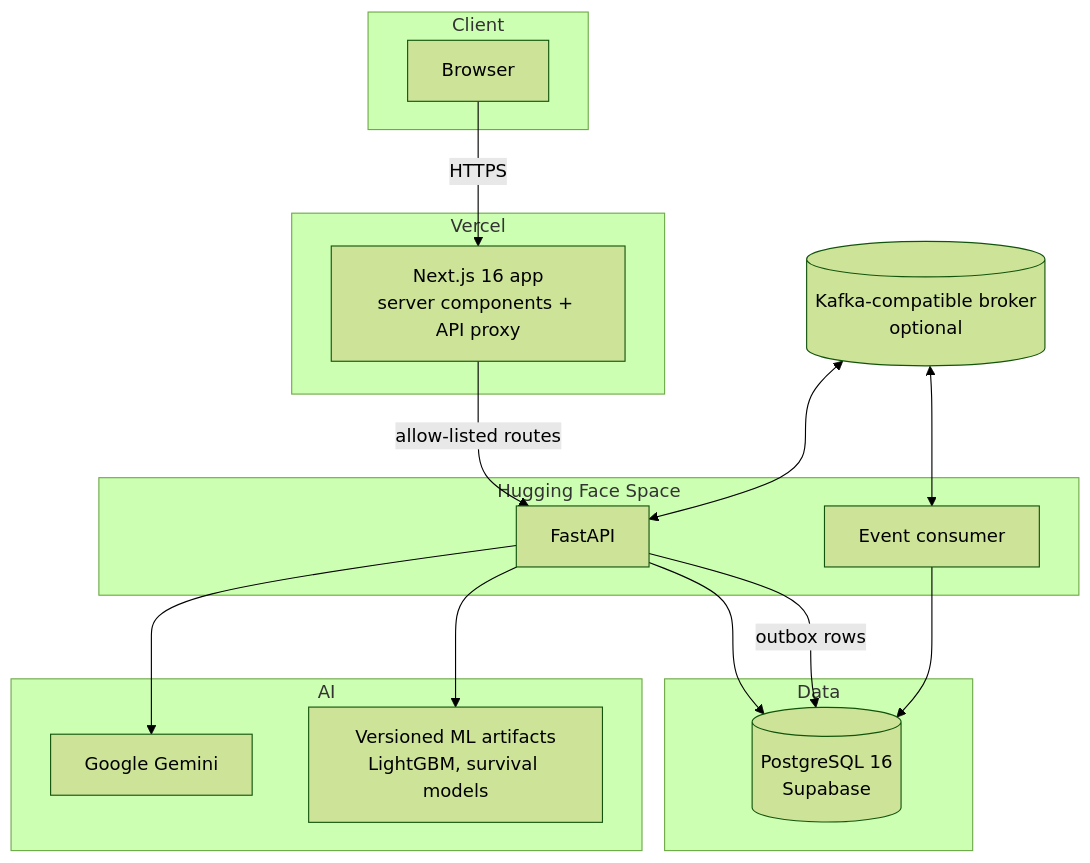
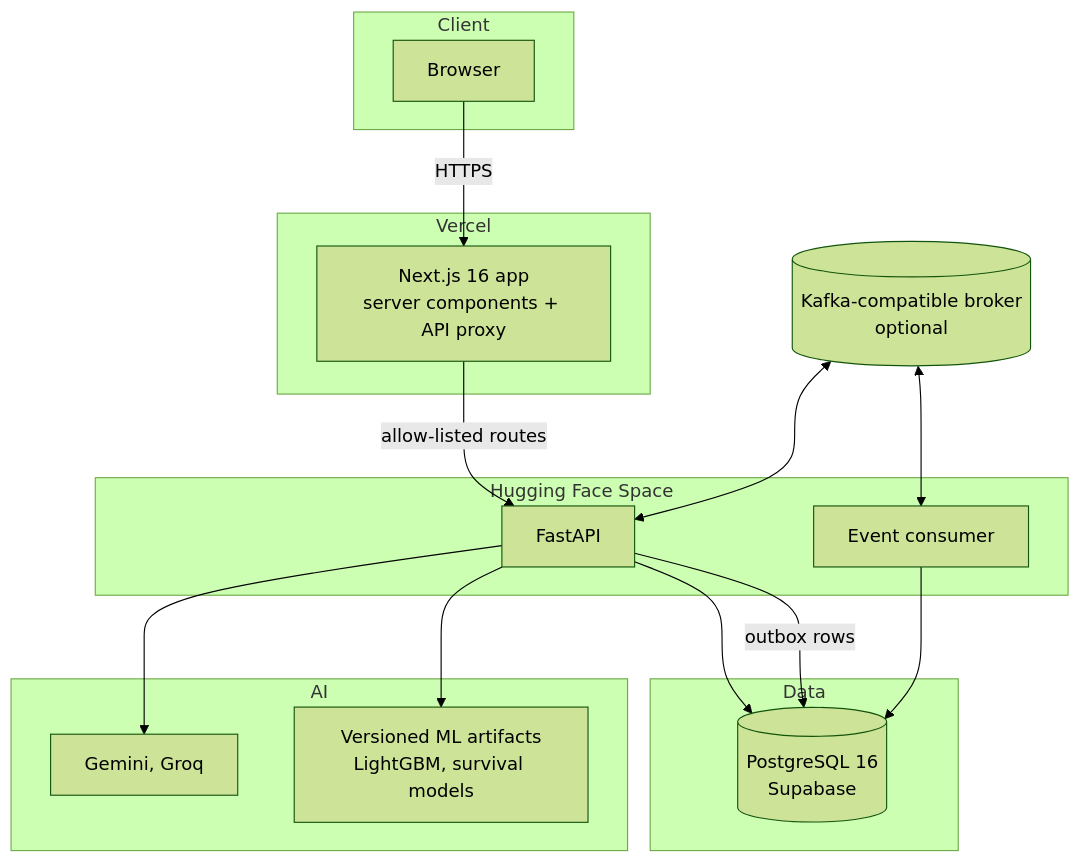
The diagram in docs/ARCHITECTURE.md (whizey/InvoiceIQ), drawn with Mermaid (forest theme) before and after one commit. The commit also changed other lines of this file and 20 other files, not shown here.

````diff
--- a/docs/ARCHITECTURE.md
+++ b/docs/ARCHITECTURE.md
@@ -5,29 +5,29 @@
 ```mermaid
 flowchart TB
   subgraph Client
     B[Browser]
   end
   subgraph Vercel
     W[Next.js 16 app\nserver components + API proxy]
   end
   subgraph HF[Hugging Face Space]
     API[FastAPI]
     C[Event consumer]
   end
   subgraph Data
     PG[(PostgreSQL 16\nSupabase)]
   end
   subgraph AI
-    GEM[Google Gemini]
+    GEM[Gemini, Groq]
     ML[Versioned ML artifacts\nLightGBM, survival models]
   end
   B -->|HTTPS| W
   W -->|allow-listed routes| API
   API --> PG
   API --> ML
   API --> GEM
   API -->|outbox rows| PG
   C --> PG
   KAFKA[(Kafka-compatible broker\noptional)] <--> API
   KAFKA <--> C
 ```
````
